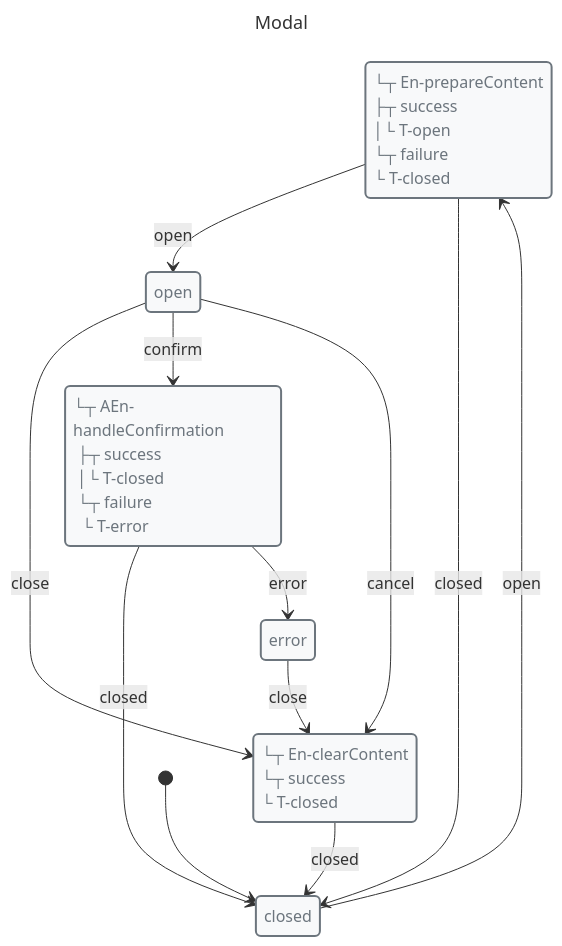
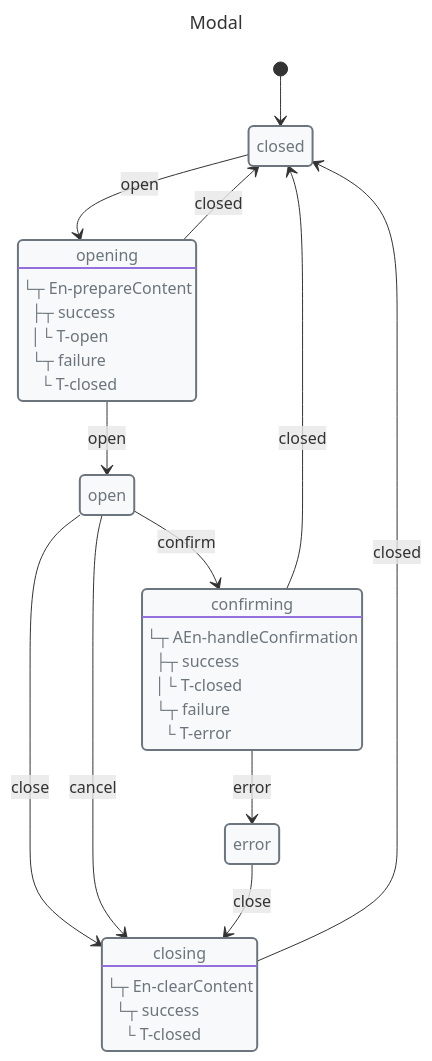
One commit to Masquerade-Circus/x-robot changed the diagram in media/modal-dialog.mmd. Above: the diagram before and after it, drawn with Mermaid. The commit also changed 123 other files, not shown here.

Commit message:
refactor: improve mermaid code

```diff
--- a/media/modal-dialog.mmd
+++ b/media/modal-dialog.mmd
@@ -1,41 +1,42 @@
 ---
 title: Modal
 ---
 
 stateDiagram-v2
+direction TB
 
 classDef danger fill:#f8d7da,stroke:#721c24,stroke-width:2px,text-align:left,color:#721c24
 classDef warning fill:#fff3cd,stroke:#856404,stroke-width:2px,text-align:left,color:#856404
 classDef success fill:#d4edda,stroke:#155724,stroke-width:2px,text-align:left,color:#155724
 classDef primary fill:#cce5ff,stroke:#004085,stroke-width:2px,text-align:left,color:#004085
 classDef info fill:#d1ecf1,stroke:#0c5460,stroke-width:2px,text-align:left,color:#0c5460
 classDef def fill:#f8f9fa,stroke:#6c757d,stroke-width:2px,text-align:left,color:#6c757d
 
-state closed
-state opening
-state open
-state confirming
-state closing
-state error
+state "closed" as closed
+state "opening" as opening
+state "open" as open
+state "confirming" as confirming
+state "closing" as closing
+state "error" as error
 class closed def
 class opening def
 class open def
 class confirming def
 class closing def
 class error def
 
-opening: └┬ En-prepareContent<br> ├┬ success<br> │└ T-open<br> └┬ failure<br>  └ T-closed
-confirming: └┬ AEn-handleConfirmation<br> ├┬ success<br> │└ T-closed<br> └┬ failure<br>  └ T-error
-closing: └┬ En-clearContent<br> └┬ success<br>  └ T-closed
+opening: └┬ En-prepareContent<br> ├┬ success<br> │└ T-open<br> └┬ failure<br>  └ T-closed
+confirming: └┬ AEn-handleConfirmation<br> ├┬ success<br> │└ T-closed<br> └┬ failure<br>  └ T-error
+closing: └┬ En-clearContent<br> └┬ success<br>  └ T-closed
 
 [*] --> closed
 closed --> opening: open
 opening --> open: open
 opening --> closed: closed
 open --> closing: close
 open --> confirming: confirm
 open --> closing: cancel
 confirming --> closed: closed
 confirming --> error: error
 closing --> closed: closed
 error --> closing: close
```
